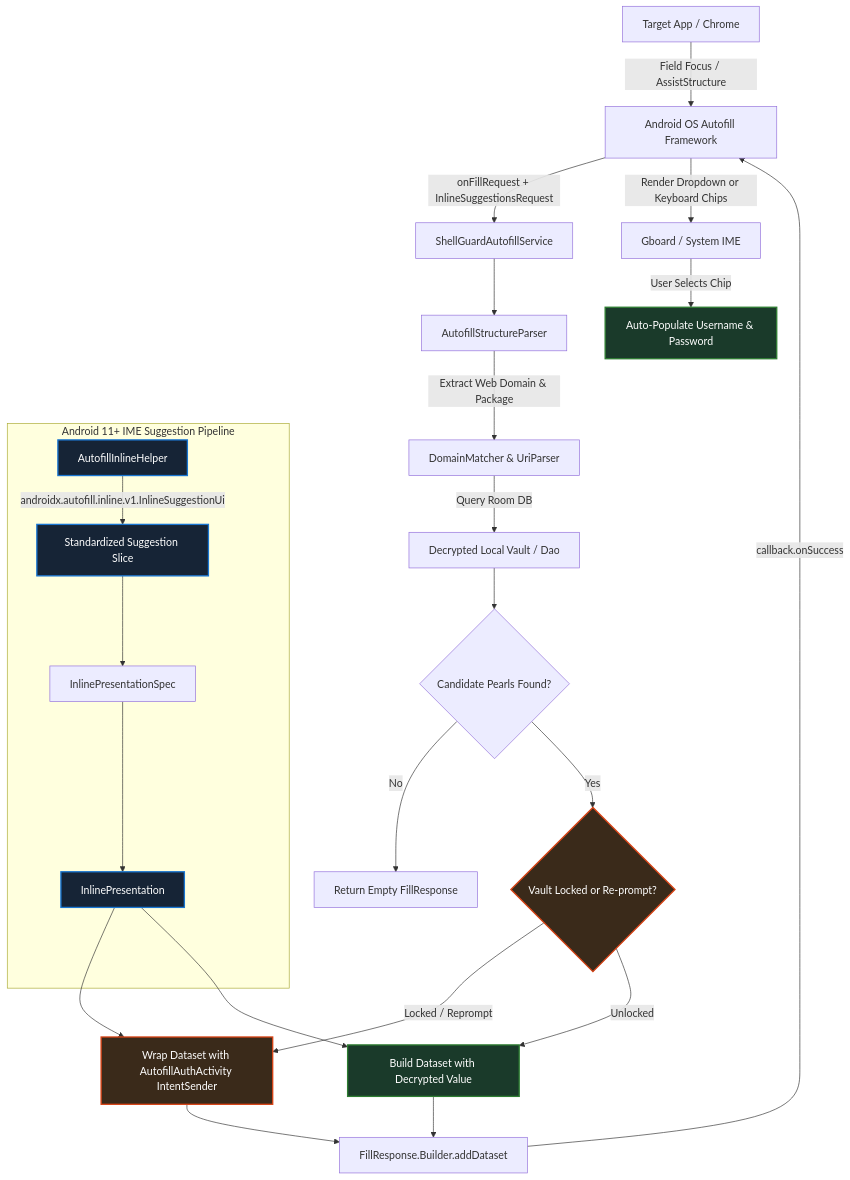
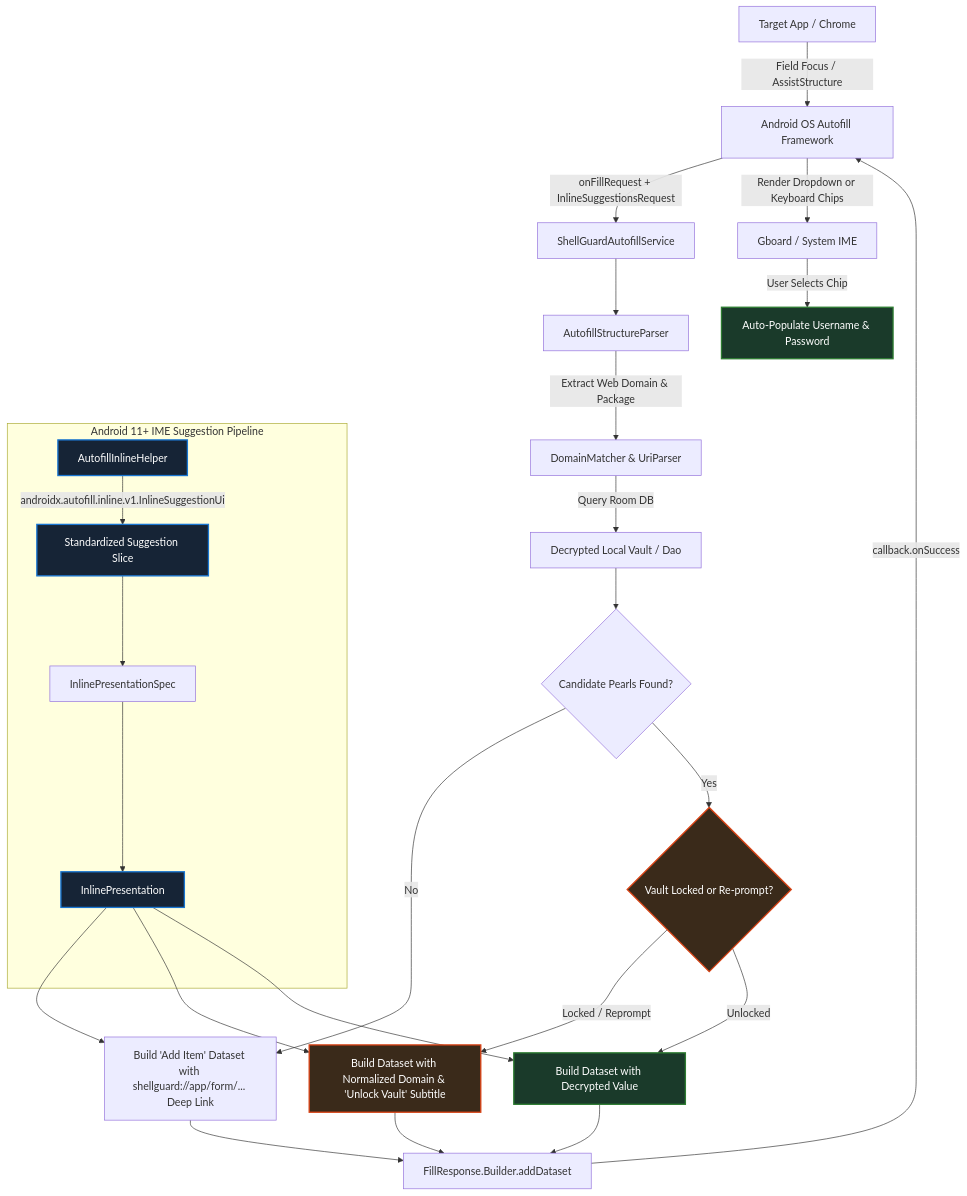
One commit to ClawStackStudios/ShellGuard-Mobile changed the diagram in project/autofill-service-spec.md. Above: the diagram before and after it, drawn with Mermaid. The commit also changed other lines of this file and 13 other files, not shown here.

````diff
--- a/project/autofill-service-spec.md
+++ b/project/autofill-service-spec.md
@@ -14,39 +14,41 @@
 ```mermaid
 flowchart TD
     App[Target App / Chrome] -->|Field Focus / AssistStructure| OS[Android OS Autofill Framework]
     OS -->|onFillRequest + InlineSuggestionsRequest| Service[ShellGuardAutofillService]
     
     Service --> Parser[AutofillStructureParser]
     Parser -->|Extract Web Domain & Package| Matcher[DomainMatcher & UriParser]
     Matcher -->|Query Room DB| LocalVault[Decrypted Local Vault / Dao]
     
     LocalVault --> Candidates{Candidate Pearls Found?}
-    Candidates -->|No| NullResp[Return Empty FillResponse]
+    Candidates -->|No| AddItem["Build 'Add Item' Dataset with shellguard://app/form/... Deep Link"]
     Candidates -->|Yes| Gate{Vault Locked or Re-prompt?}
     
     subgraph InlineRendering ["Android 11+ IME Suggestion Pipeline"]
         Helper[AutofillInlineHelper] -->|androidx.autofill.inline.v1.InlineSuggestionUi| Slice[Standardized Suggestion Slice]
         Slice --> Spec[InlinePresentationSpec]
         Spec --> InlinePres[InlinePresentation]
     end
 
-    Gate -->|Locked / Reprompt| AuthDataset[Wrap Dataset with AutofillAuthActivity IntentSender]
+    Gate -->|Locked / Reprompt| AuthDataset["Build Dataset with Normalized Domain & 'Unlock Vault' Subtitle"]
     Gate -->|Unlocked| PlainDataset[Build Dataset with Decrypted Value]
 
+    InlinePres --> AddItem
     InlinePres --> AuthDataset
     InlinePres --> PlainDataset
 
-    AuthDataset --> Resp[FillResponse.Builder.addDataset]
+    AddItem --> Resp[FillResponse.Builder.addDataset]
+    AuthDataset --> Resp
     PlainDataset --> Resp
 
     Resp -->|callback.onSuccess| OS
     OS -->|Render Dropdown or Keyboard Chips| Gboard[Gboard / System IME]
     Gboard -->|User Selects Chip| Target[Auto-Populate Username & Password]
 
     classDef secure fill:#1a3a2a,stroke:#2e7d32,stroke-width:2px,color:#fff;
     classDef warning fill:#3a2a1a,stroke:#d84315,stroke-width:2px,color:#fff;
     classDef info fill:#162436,stroke:#1976d2,stroke-width:2px,color:#fff;
     class Gate,AuthDataset warning;
     class PlainDataset,Target secure;
     class Helper,Slice,InlinePres info;
 ```
````
